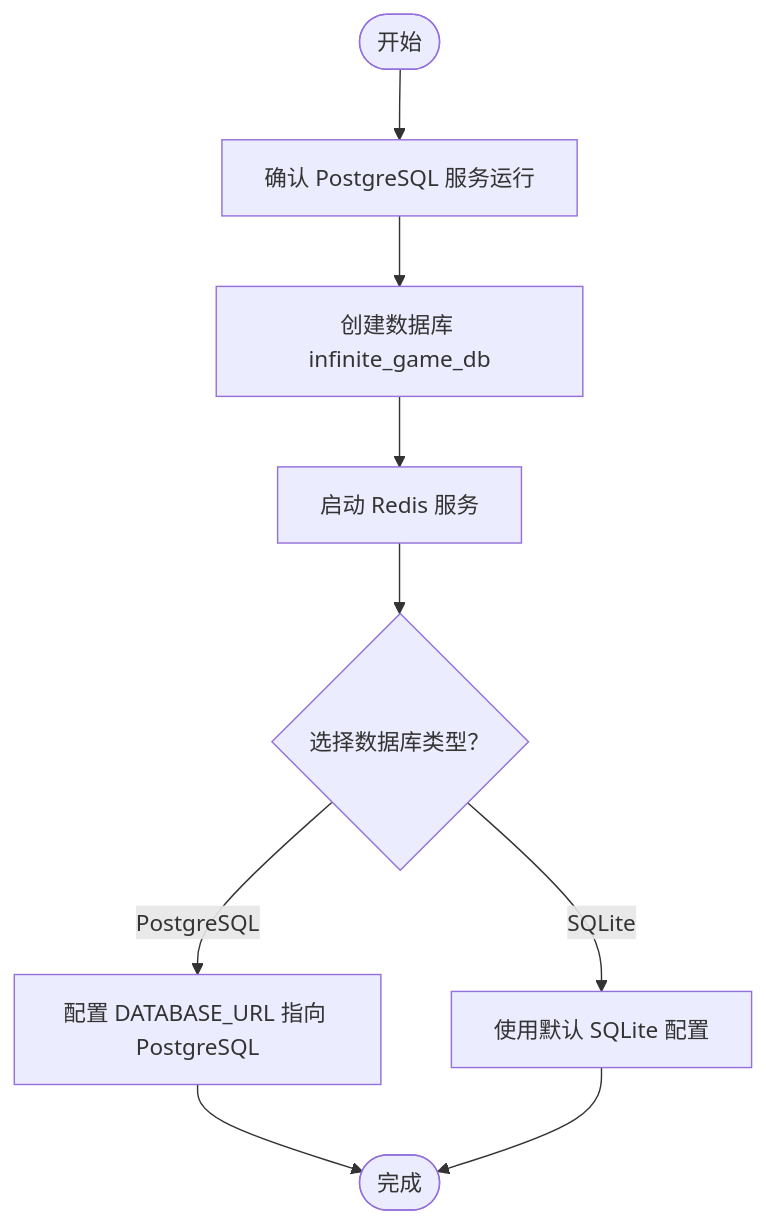
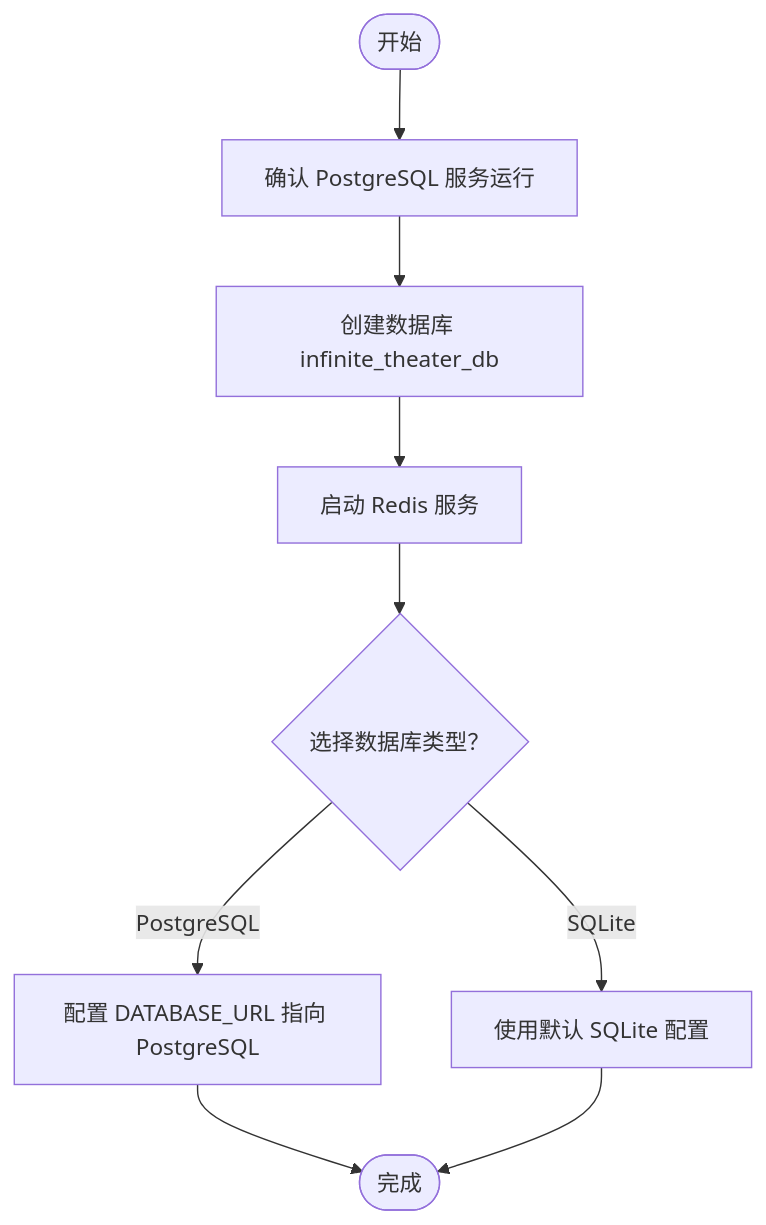
One commit to KunLabAI/KunFlix changed the third of 6 diagrams in .qoder/repowiki/zh/content/部署指南/环境配置.md. Above: the diagram before and after it, drawn with Mermaid. The commit also changed other lines of this file and 112 other files, not shown here.

````diff
--- a/.qoder/repowiki/zh/content/部署指南/环境配置.md
+++ b/.qoder/repowiki/zh/content/部署指南/环境配置.md
@@ -148,11 +148,11 @@
 ```mermaid
 flowchart TD
 Start(["开始"]) --> CheckPG["确认 PostgreSQL 服务运行"]
-CheckPG --> CreateDB["创建数据库 infinite_game_db"]
+CheckPG --> CreateDB["创建数据库 infinite_theater_db"]
 CreateDB --> CheckRedis["启动 Redis 服务"]
 CheckRedis --> ChooseDB{"选择数据库类型？"}
 ChooseDB --> |PostgreSQL| SetURL["配置 DATABASE_URL 指向 PostgreSQL"]
 ChooseDB --> |SQLite| UseDefault["使用默认 SQLite 配置"]
 SetURL --> Done(["完成"])
 UseDefault --> Done
 ```
````
